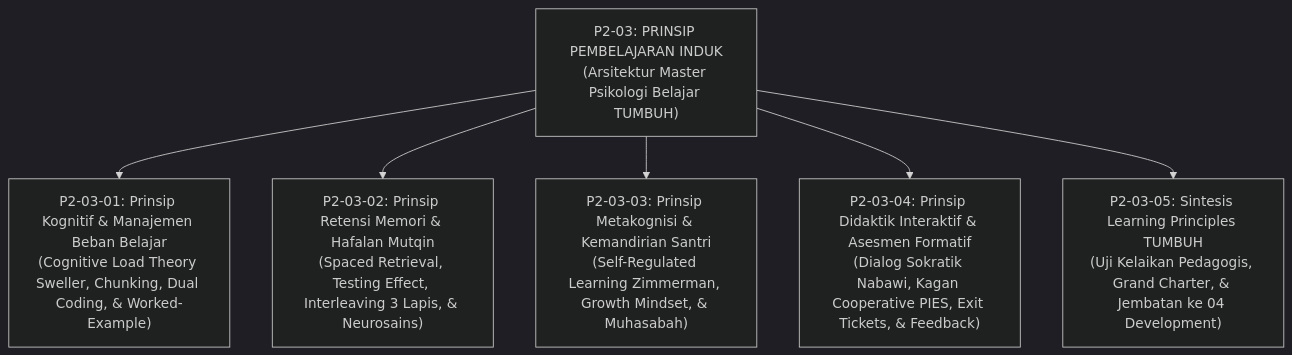
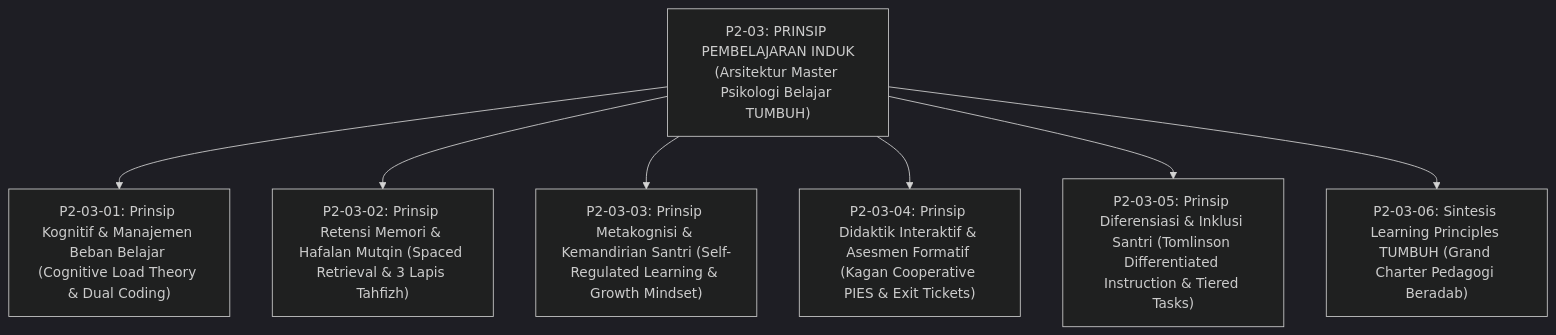
Before and after one commit to wandiapriliyandi/tumbuh: the second of 3 diagrams in 02 Principles/03 Learning Principles/P2-03-Prinsip-Psikologi-Belajar-TUMBUH.md, drawn with Mermaid (dark theme). The commit also changed other lines of this file and 32 other files, not shown here.

````diff
--- a/02 Principles/03 Learning Principles/P2-03-Prinsip-Psikologi-Belajar-TUMBUH.md
+++ b/02 Principles/03 Learning Principles/P2-03-Prinsip-Psikologi-Belajar-TUMBUH.md
@@ -68,10 +67,11 @@
 ```mermaid
 graph TD
     Master["P2-03: PRINSIP PEMBELAJARAN INDUK<br/>(Arsitektur Master Psikologi Belajar TUMBUH)"]
     
-    Master --> M1["P2-03-01: Prinsip Kognitif & Manajemen Beban Belajar<br/>(Cognitive Load Theory Sweller, Chunking, Dual Coding, & Worked-Example)"]
-    Master --> M2["P2-03-02: Prinsip Retensi Memori & Hafalan Mutqin<br/>(Spaced Retrieval, Testing Effect, Interleaving 3 Lapis, & Neurosains)"]
-    Master --> M3["P2-03-03: Prinsip Metakognisi & Kemandirian Santri<br/>(Self-Regulated Learning Zimmerman, Growth Mindset, & Muhasabah)"]
-    Master --> M4["P2-03-04: Prinsip Didaktik Interaktif & Asesmen Formatif<br/>(Dialog Sokratik Nabawi, Kagan Cooperative PIES, Exit Tickets, & Feedback)"]
-    Master --> M5["P2-03-05: Sintesis Learning Principles TUMBUH<br/>(Uji Kelaikan Pedagogis, Grand Charter, & Jembatan ke 04 Development)"]
+    Master --> M1["P2-03-01: Prinsip Kognitif & Manajemen Beban Belajar (Cognitive Load Theory & Dual Coding)"]
+    Master --> M2["P2-03-02: Prinsip Retensi Memori & Hafalan Mutqin (Spaced Retrieval & 3 Lapis Tahfizh)"]
+    Master --> M3["P2-03-03: Prinsip Metakognisi & Kemandirian Santri (Self-Regulated Learning & Growth Mindset)"]
+    Master --> M4["P2-03-04: Prinsip Didaktik Interaktif & Asesmen Formatif (Kagan Cooperative PIES & Exit Tickets)"]
+    Master --> M5["P2-03-05: Prinsip Diferensiasi & Inklusi Santri (Tomlinson Differentiated Instruction & Tiered Tasks)"]
+    Master --> M6["P2-03-06: Sintesis Learning Principles TUMBUH (Grand Charter Pedagogi Beradab)"]
 ```
````
